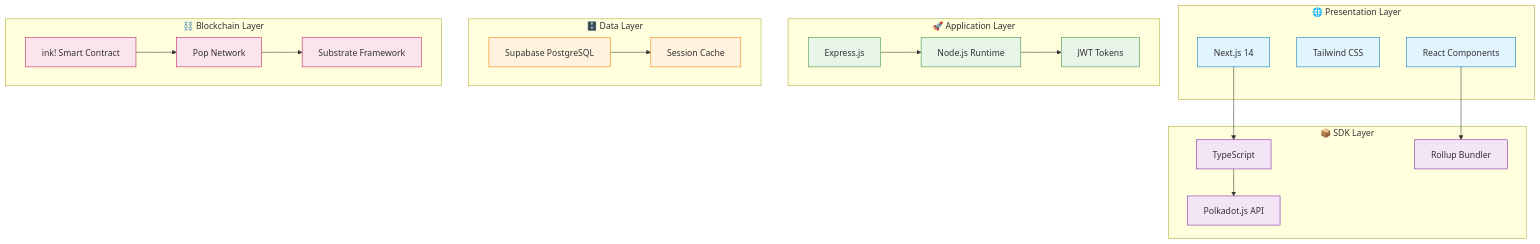
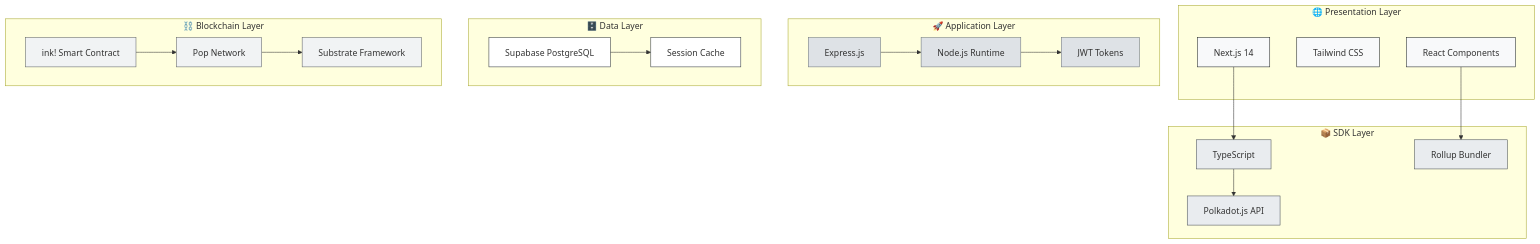
Before and after one commit to MohamedAshiq09/authentify: the fourth of 4 diagrams in ARCHITECTURE.md, drawn with Mermaid. The commit also changed other lines of this file and 1 other file, not shown here.

````diff
--- a/ARCHITECTURE.md
+++ b/ARCHITECTURE.md
@@ -220,54 +218,54 @@
 ```mermaid
 graph TB
     subgraph "🌐 Presentation Layer"
         NEXTJS[Next.js 14]
         TAILWIND[Tailwind CSS]
         REACT[React Components]
     end
-
+    
     subgraph "📦 SDK Layer"
         TS[TypeScript]
         ROLLUP[Rollup Bundler]
         POLKADOT[Polkadot.js API]
     end
-
+    
     subgraph "🚀 Application Layer"
         EXPRESS[Express.js]
         NODE[Node.js Runtime]
         JWT[JWT Tokens]
     end
-
+    
     subgraph "🗄️ Data Layer"
         SUPABASE[Supabase PostgreSQL]
         REDIS[Session Cache]
     end
-
+    
     subgraph "⛓️ Blockchain Layer"
         INK[ink! Smart Contract]
         POPNET[Pop Network]
         SUBSTRATE[Substrate Framework]
     end
-
+    
     %% Connections
     NEXTJS --> TS
     REACT --> ROLLUP
     TS --> POLKADOT
     EXPRESS --> NODE
     NODE --> JWT
     SUPABASE --> REDIS
     INK --> POPNET
     POPNET --> SUBSTRATE
-
-    %% Styling
-    classDef presentation fill:#e1f5fe,stroke:#0277bd
-    classDef sdk fill:#f3e5f5,stroke:#7b1fa2
-    classDef application fill:#e8f5e8,stroke:#388e3c
-    classDef data fill:#fff3e0,stroke:#f57c00
-    classDef blockchain fill:#fce4ec,stroke:#c2185b
-
+    
+    %% Black and White Styling
+    classDef presentation fill:#f8f9fa,stroke:#212529
+    classDef sdk fill:#e9ecef,stroke:#495057
+    classDef application fill:#dee2e6,stroke:#6c757d
+    classDef data fill:#ffffff,stroke:#343a40
+    classDef blockchain fill:#f1f3f4,stroke:#5f6368
+    
     class NEXTJS,TAILWIND,REACT presentation
     class TS,ROLLUP,POLKADOT sdk
     class EXPRESS,NODE,JWT application
     class SUPABASE,REDIS data
     class INK,POPNET,SUBSTRATE blockchain
 ```
````
